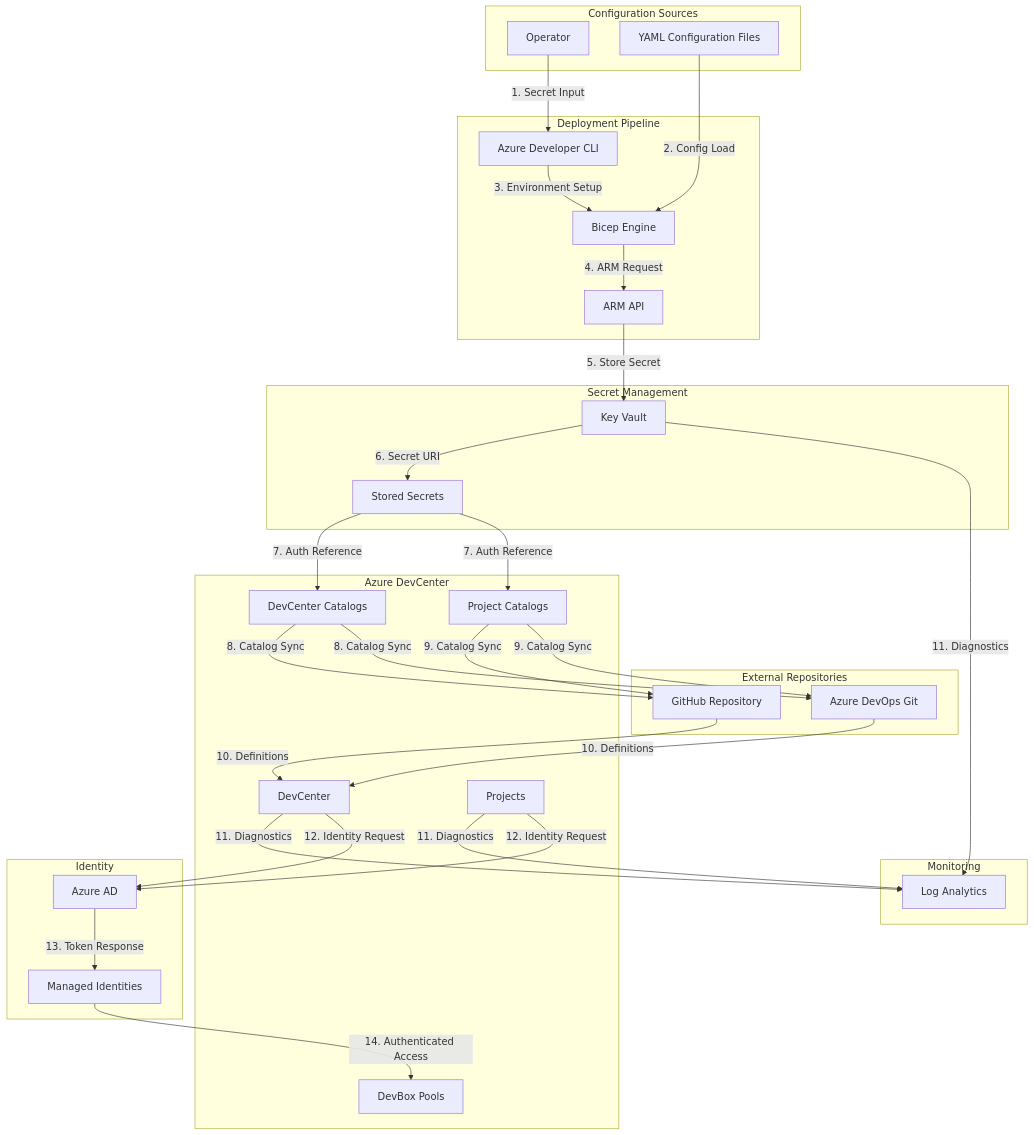
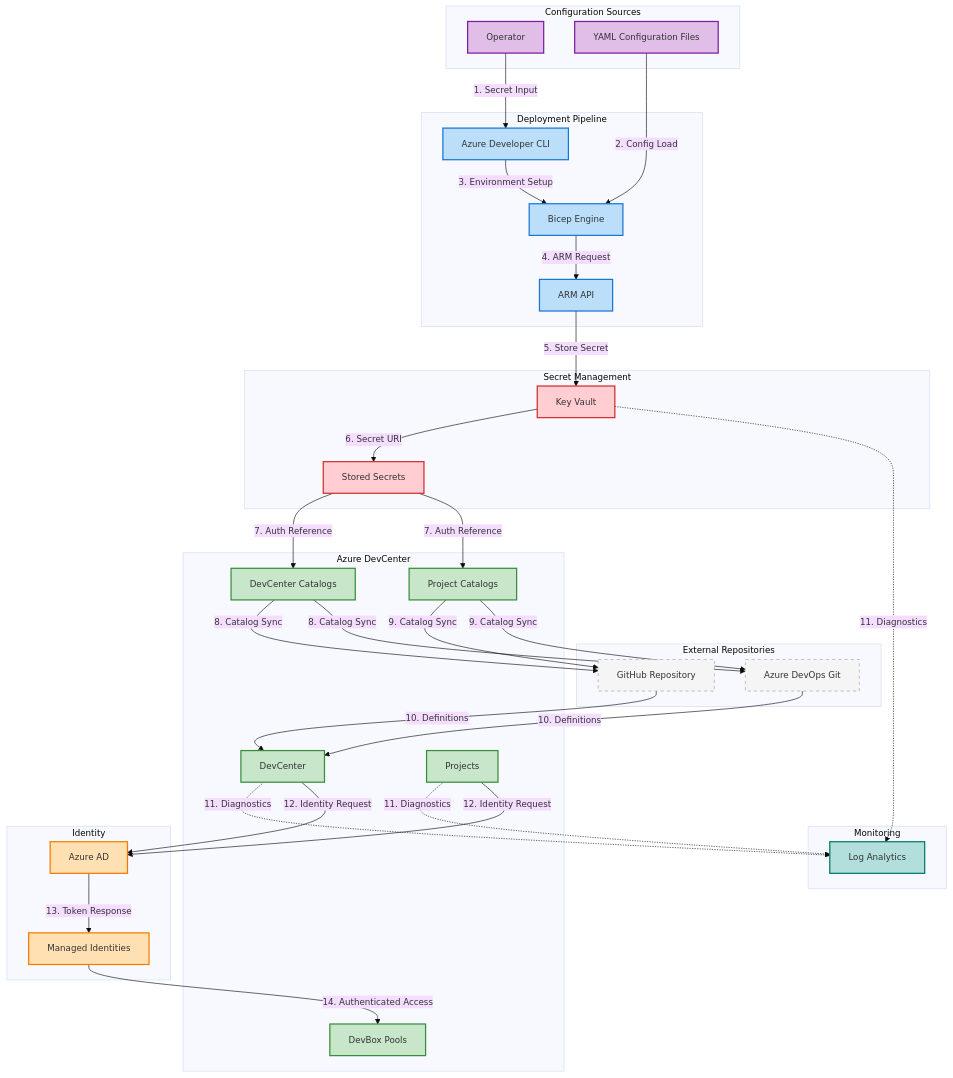
Before and after one commit to Evilazaro/DevExp-DevBox: the fourth of 4 diagrams in docs/architecture/Application.md, drawn with Mermaid. The commit also changed other lines of this file, not shown here.

Commit message:
docs: enhance Application Architecture diagrams with Material Design styling and improved clarity

````diff
--- a/docs/architecture/Application.md
+++ b/docs/architecture/Application.md
@@ -380,67 +450,90 @@
 ```mermaid
+%%{init: {'theme': 'base', 'themeVariables': {'fontSize': '14px'}}}%%
 flowchart TB
-    subgraph "Configuration Sources"
+    %% Style definitions using Material Design 300-level colors
+    classDef source fill:#E1BEE7,stroke:#7B1FA2,stroke-width:2px
+    classDef pipeline fill:#BBDEFB,stroke:#1976D2,stroke-width:2px
+    classDef secretMgmt fill:#FFCDD2,stroke:#D32F2F,stroke-width:2px
+    classDef external fill:#F5F5F5,stroke:#9E9E9E,stroke-width:1px,stroke-dasharray:5
+    classDef devCenter fill:#C8E6C9,stroke:#388E3C,stroke-width:2px
+    classDef monitoring fill:#B2DFDB,stroke:#00796B,stroke-width:2px
+    classDef identity fill:#FFE0B2,stroke:#F57C00,stroke-width:2px
+
+    subgraph ConfigSources["Configuration Sources"]
         op["Operator"]
-        yaml_files["YAML Configuration Files"]
+        yamlFiles["YAML Configuration Files"]
     end
 
-    subgraph "Deployment Pipeline"
+    subgraph DeploymentPipeline["Deployment Pipeline"]
         azd["Azure Developer CLI"]
         bicep["Bicep Engine"]
         arm["ARM API"]
     end
 
-    subgraph "Secret Management"
+    subgraph SecretManagement["Secret Management"]
         kv["Key Vault"]
         secret["Stored Secrets"]
     end
 
-    subgraph "External Repositories"
+    subgraph ExternalRepos["External Repositories"]
         github["GitHub Repository"]
-        ado_git["Azure DevOps Git"]
+        adoGit["Azure DevOps Git"]
     end
 
-    subgraph "Azure DevCenter"
+    subgraph AzureDevCenter["Azure DevCenter"]
         dc["DevCenter"]
-        dc_cat["DevCenter Catalogs"]
+        dcCat["DevCenter Catalogs"]
         projects["Projects"]
-        proj_cat["Project Catalogs"]
+        projCat["Project Catalogs"]
         pools["DevBox Pools"]
     end
 
-    subgraph "Monitoring"
+    subgraph Monitoring["Monitoring"]
         la["Log Analytics"]
     end
 
-    subgraph "Identity"
+    subgraph Identity["Identity"]
         aad["Azure AD"]
         mi["Managed Identities"]
     end
 
+    %% Configuration and deployment flow (steps 1-4)
     op -->|"1. Secret Input"| azd
-    yaml_files -->|"2. Config Load"| bicep
+    yamlFiles -->|"2. Config Load"| bicep
     azd -->|"3. Environment Setup"| bicep
     bicep -->|"4. ARM Request"| arm
 
+    %% Secret storage flow (steps 5-7)
     arm -->|"5. Store Secret"| kv
     kv -->|"6. Secret URI"| secret
-    secret -->|"7. Auth Reference"| dc_cat
-    secret -->|"7. Auth Reference"| proj_cat
+    secret -->|"7. Auth Reference"| dcCat
+    secret -->|"7. Auth Reference"| projCat
 
-    dc_cat -->|"8. Catalog Sync"| github
-    dc_cat -->|"8. Catalog Sync"| ado_git
-    proj_cat -->|"9. Catalog Sync"| github
-    proj_cat -->|"9. Catalog Sync"| ado_git
+    %% Catalog sync flow (steps 8-10)
+    dcCat -->|"8. Catalog Sync"| github
+    dcCat -->|"8. Catalog Sync"| adoGit
+    projCat -->|"9. Catalog Sync"| github
+    projCat -->|"9. Catalog Sync"| adoGit
+    github -->|"10. Definitions"| dc
+    adoGit -->|"10. Definitions"| dc
 
-    github -->|"10. Definitions"| dc
-    ado_git -->|"10. Definitions"| dc
+    %% Diagnostics flow (step 11 - dotted for continuous)
+    dc -.->|"11. Diagnostics"| la
+    kv -.->|"11. Diagnostics"| la
+    projects -.->|"11. Diagnostics"| la
 
-    dc -->|"11. Diagnostics"| la
-    kv -->|"11. Diagnostics"| la
-    projects -->|"11. Diagnostics"| la
-
+    %% Identity flow (steps 12-14)
     dc -->|"12. Identity Request"| aad
     projects -->|"12. Identity Request"| aad
     aad -->|"13. Token Response"| mi
     mi -->|"14. Authenticated Access"| pools
+
+    %% Apply styles
+    class op,yamlFiles source
+    class azd,bicep,arm pipeline
+    class kv,secret secretMgmt
+    class github,adoGit external
+    class dc,dcCat,projects,projCat,pools devCenter
+    class la monitoring
+    class aad,mi identity
 ```
````
